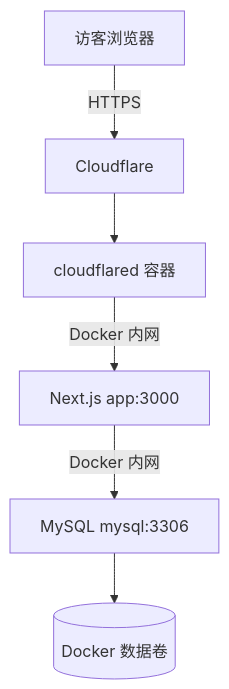
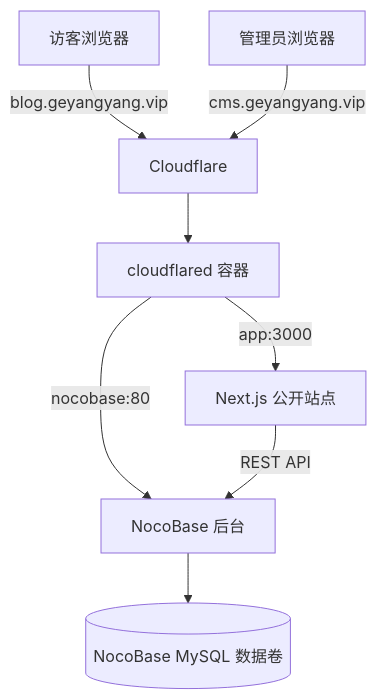
One commit to zly116/yangyang-personal-cms changed the diagram in docs/delivery/cloudflare-named-tunnel-deployment-guide.md. Above: the diagram before and after it, drawn with Mermaid. The commit also changed other lines of this file and 5 other files, not shown here.

Commit message:
docs: finalize NocoBase project delivery

````diff
--- a/docs/delivery/cloudflare-named-tunnel-deployment-guide.md
+++ b/docs/delivery/cloudflare-named-tunnel-deployment-guide.md
@@ -9,8 +9,10 @@
 ```mermaid
 flowchart TD
-    U[访客浏览器] -->|HTTPS| C[Cloudflare]
+    U[访客浏览器] -->|blog.geyangyang.vip| C[Cloudflare]
+    A[管理员浏览器] -->|cms.geyangyang.vip| C
     C --> T[cloudflared 容器]
-    T -->|Docker 内网| A[Next.js app:3000]
-    A -->|Docker 内网| M[MySQL mysql:3306]
-    M --> V[(Docker 数据卷)]
+    T -->|app:3000| WEB[Next.js 公开站点]
+    T -->|nocobase:80| NB[NocoBase 后台]
+    WEB -->|REST API| NB
+    NB --> DB[(NocoBase MySQL 数据卷)]
 ```
````
